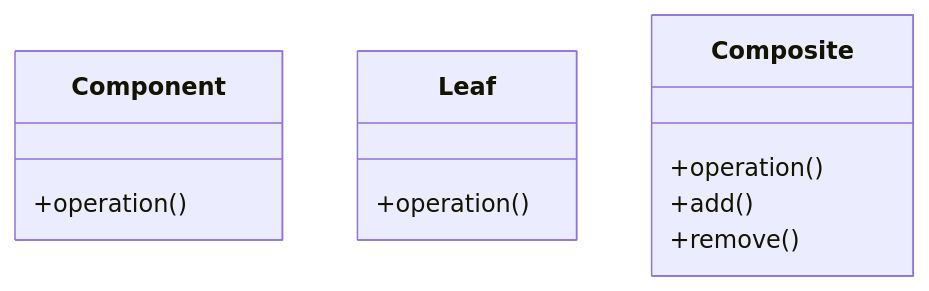
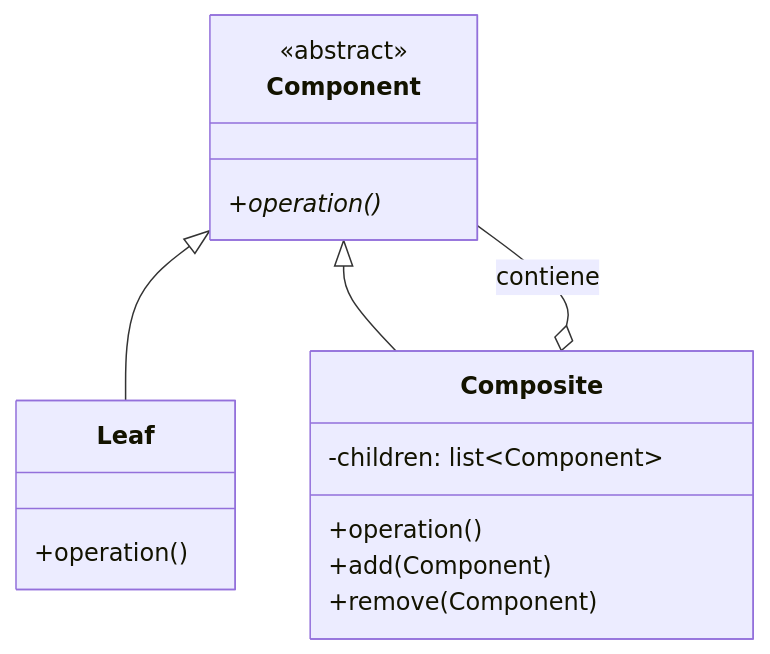
One commit to lucadileo9/design-pattern changed the first of 3 diagrams in 02_structural/composite/README.md. Above: the diagram before and after it, drawn with Mermaid. The commit also changed other lines of this file, not shown here.

Commit message:
doc: add diagrams

````diff
--- a/02_structural/composite/README.md
+++ b/02_structural/composite/README.md
@@ -30,15 +32,20 @@
 ```mermaid
-%% Diagramma da completare
 classDiagram
     class Component {
-        +operation()
+        <<abstract>>
+        +operation()*
     }
     class Leaf {
         +operation()
     }
     class Composite {
+        -children: list~Component~
         +operation()
-        +add()
-        +remove()
+        +add(Component)
+        +remove(Component)
     }
+
+    Component <|-- Leaf
+    Component <|-- Composite
+    Composite o-- Component : contiene
 ```
````
